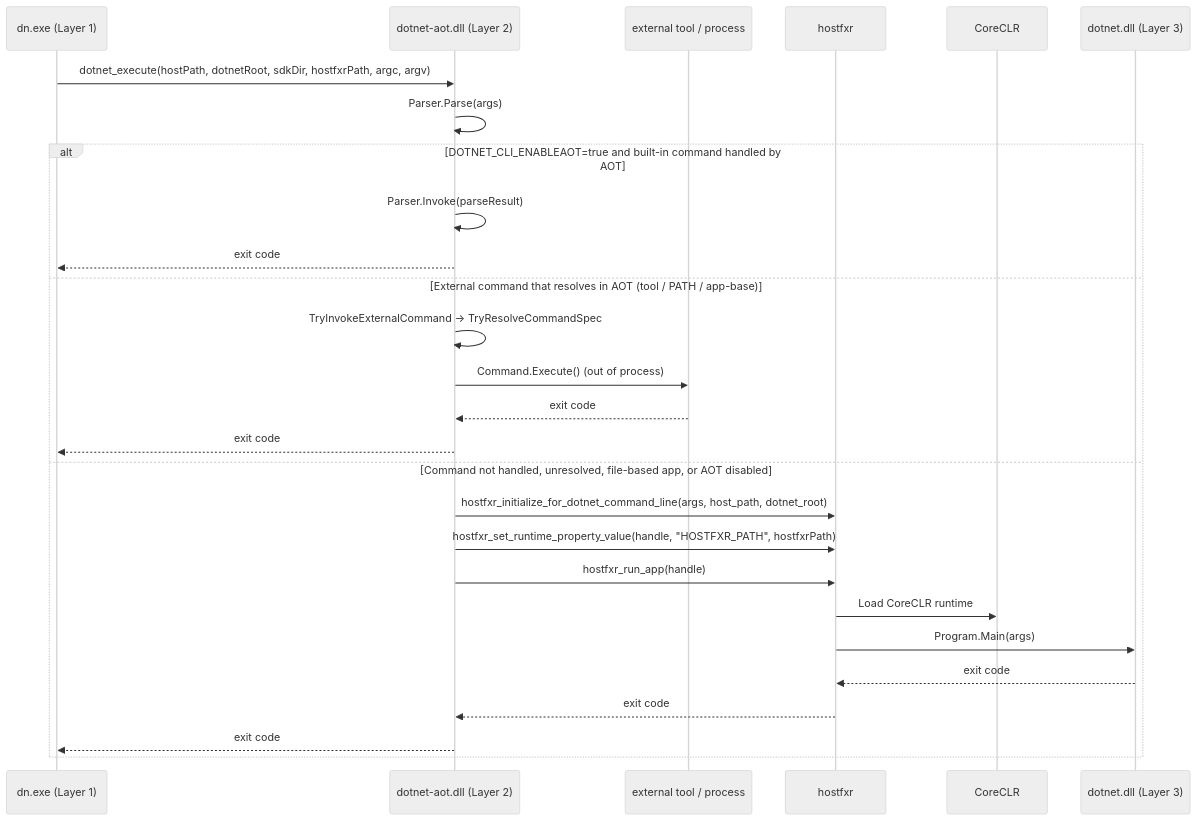
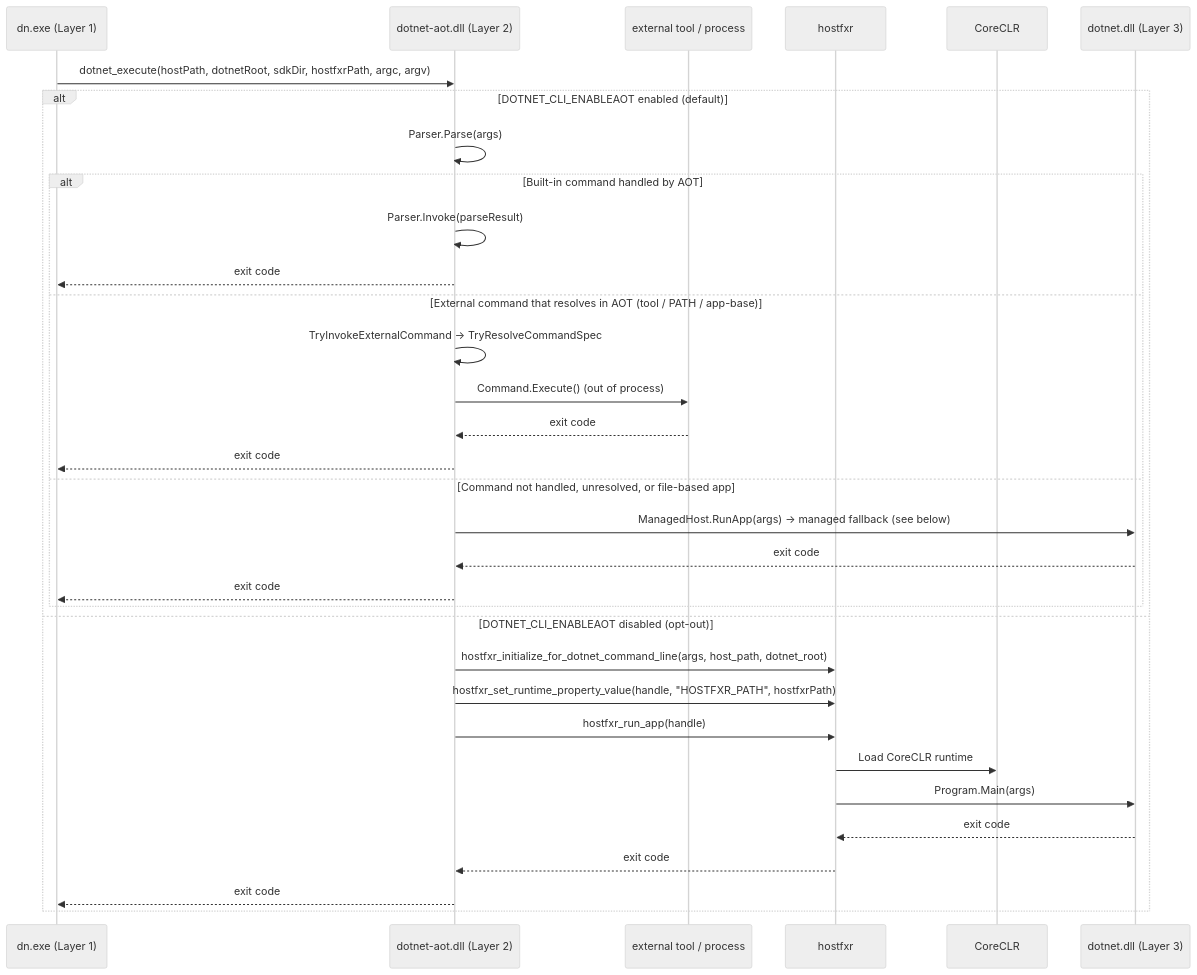
The second of 6 diagrams in src/sdk/src/Cli/dotnet-aot/DESIGN.md (dotnet/dotnet), drawn with Mermaid (neutral theme) before and after one commit. The commit also changed other lines of this file and 91 other files, not shown here.

````diff
--- a/src/sdk/src/Cli/dotnet-aot/DESIGN.md
+++ b/src/sdk/src/Cli/dotnet-aot/DESIGN.md
@@ -131,31 +151,37 @@
 ```mermaid
 sequenceDiagram
     participant dn as dn.exe (Layer 1)
     participant aot as dotnet-aot.dll (Layer 2)
     participant tool as external tool / process
     participant hfxr as hostfxr
     participant clr as CoreCLR
     participant cli as dotnet.dll (Layer 3)
 
     dn->>aot: dotnet_execute(hostPath, dotnetRoot, sdkDir, hostfxrPath, argc, argv)
-    aot->>aot: Parser.Parse(args)
 
-    alt DOTNET_CLI_ENABLEAOT=true and built-in command handled by AOT
-        aot->>aot: Parser.Invoke(parseResult)
-        aot-->>dn: exit code
-    else External command that resolves in AOT (tool / PATH / app-base)
-        aot->>aot: TryInvokeExternalCommand → TryResolveCommandSpec
-        aot->>tool: Command.Execute() (out of process)
-        tool-->>aot: exit code
-        aot-->>dn: exit code
-    else Command not handled, unresolved, file-based app, or AOT disabled
+    alt DOTNET_CLI_ENABLEAOT enabled (default)
+        aot->>aot: Parser.Parse(args)
+        alt Built-in command handled by AOT
+            aot->>aot: Parser.Invoke(parseResult)
+            aot-->>dn: exit code
+        else External command that resolves in AOT (tool / PATH / app-base)
+            aot->>aot: TryInvokeExternalCommand → TryResolveCommandSpec
+            aot->>tool: Command.Execute() (out of process)
+            tool-->>aot: exit code
+            aot-->>dn: exit code
+        else Command not handled, unresolved, or file-based app
+            aot->>cli: ManagedHost.RunApp(args) → managed fallback (see below)
+            cli-->>aot: exit code
+            aot-->>dn: exit code
+        end
+    else DOTNET_CLI_ENABLEAOT disabled (opt-out)
         aot->>hfxr: hostfxr_initialize_for_dotnet_command_line(args, host_path, dotnet_root)
         aot->>hfxr: hostfxr_set_runtime_property_value(handle, "HOSTFXR_PATH", hostfxrPath)
         aot->>hfxr: hostfxr_run_app(handle)
         hfxr->>clr: Load CoreCLR runtime
         hfxr->>cli: Program.Main(args)
         cli-->>hfxr: exit code
         hfxr-->>aot: exit code
         aot-->>dn: exit code
     end
 ```
````
